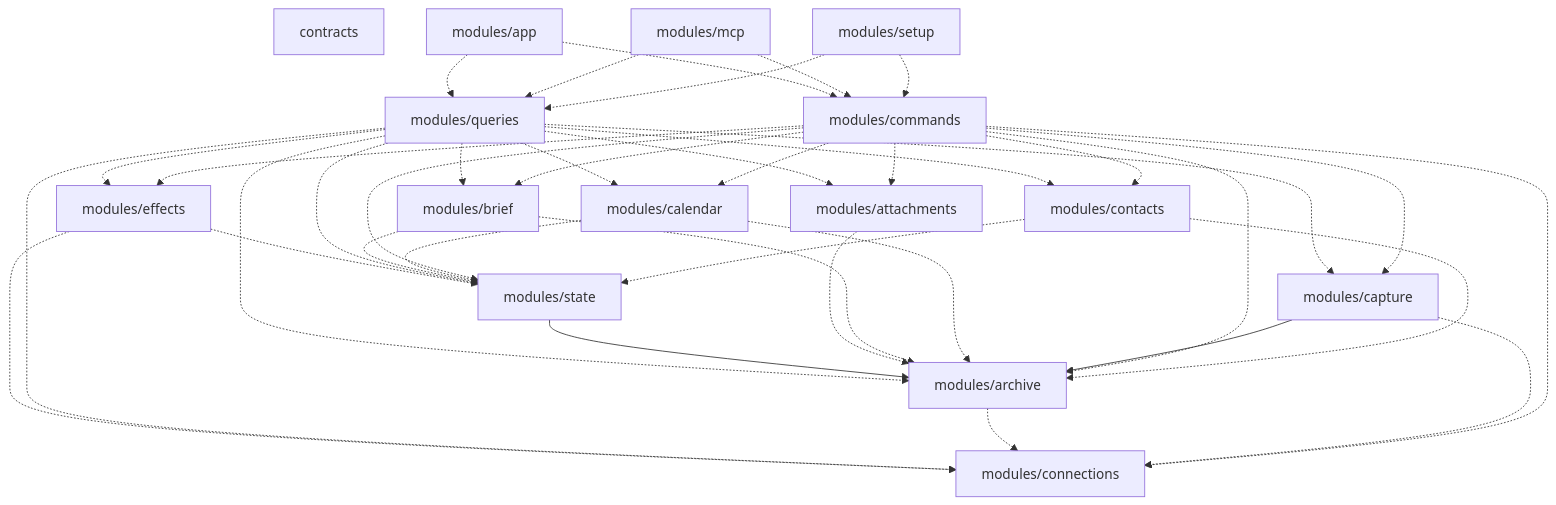
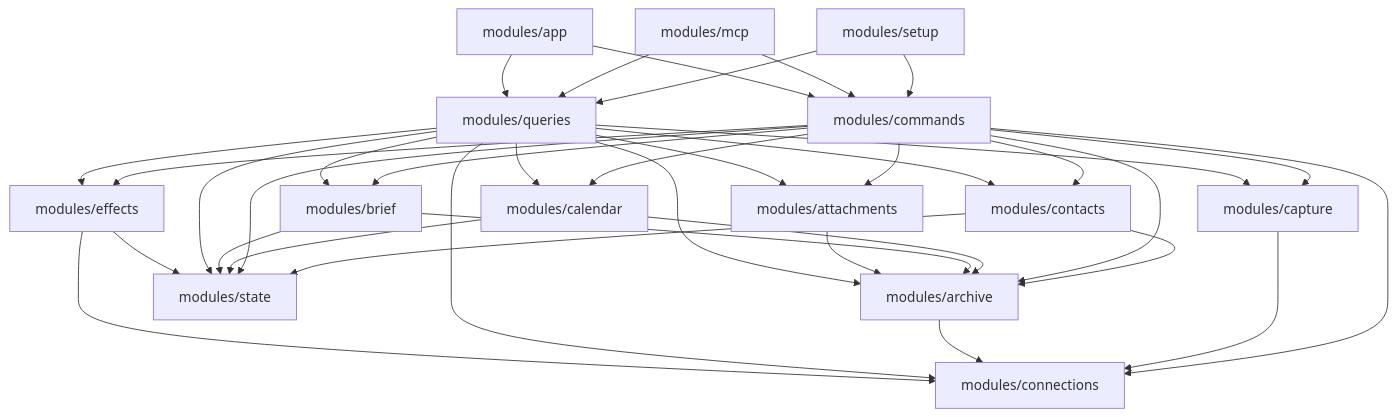
The diagram in map/README.md (diligent-communications/diligent-communications), drawn with Mermaid before and after one commit. The commit also changed other lines of this file and 13 other files, not shown here.

Commit message:
Separate write handoffs from the read diagram

````diff
--- a/map/README.md
+++ b/map/README.md
@@ -9,55 +11,52 @@
 ```mermaid
 flowchart TD
-    folder0["contracts"]
     folder1["modules/app"]
     folder2["modules/archive"]
     folder3["modules/attachments"]
     folder4["modules/brief"]
     folder5["modules/calendar"]
     folder6["modules/capture"]
     folder7["modules/commands"]
     folder8["modules/connections"]
     folder9["modules/contacts"]
     folder10["modules/effects"]
     folder11["modules/mcp"]
     folder12["modules/queries"]
     folder13["modules/setup"]
     folder14["modules/state"]
-    folder1 -.-> folder12
-    folder1 -.-> folder7
-    folder10 -.-> folder14
-    folder10 -.-> folder8
-    folder11 -.-> folder12
-    folder11 -.-> folder7
-    folder12 -.-> folder10
-    folder12 -.-> folder14
-    folder12 -.-> folder2
-    folder12 -.-> folder3
-    folder12 -.-> folder4
-    folder12 -.-> folder5
-    folder12 -.-> folder6
-    folder12 -.-> folder8
-    folder12 -.-> folder9
-    folder13 -.-> folder12
-    folder13 -.-> folder7
-    folder14 --> folder2
-    folder2 -.-> folder8
-    folder3 -.-> folder2
-    folder4 -.-> folder14
-    folder4 -.-> folder2
-    folder5 -.-> folder14
-    folder5 -.-> folder2
-    folder6 --> folder2
-    folder6 -.-> folder8
-    folder7 -.-> folder10
-    folder7 -.-> folder14
-    folder7 -.-> folder2
-    folder7 -.-> folder3
-    folder7 -.-> folder4
-    folder7 -.-> folder5
-    folder7 -.-> folder6
-    folder7 -.-> folder8
-    folder7 -.-> folder9
-    folder9 -.-> folder14
-    folder9 -.-> folder2
+    folder1 --> folder12
+    folder1 --> folder7
+    folder10 --> folder14
+    folder10 --> folder8
+    folder11 --> folder12
+    folder11 --> folder7
+    folder12 --> folder10
+    folder12 --> folder14
+    folder12 --> folder2
+    folder12 --> folder3
+    folder12 --> folder4
+    folder12 --> folder5
+    folder12 --> folder6
+    folder12 --> folder8
+    folder12 --> folder9
+    folder13 --> folder12
+    folder13 --> folder7
+    folder2 --> folder8
+    folder3 --> folder2
+    folder4 --> folder14
+    folder4 --> folder2
+    folder5 --> folder14
+    folder5 --> folder2
+    folder6 --> folder8
+    folder7 --> folder10
+    folder7 --> folder14
+    folder7 --> folder2
+    folder7 --> folder3
+    folder7 --> folder4
+    folder7 --> folder5
+    folder7 --> folder6
+    folder7 --> folder8
+    folder7 --> folder9
+    folder9 --> folder14
+    folder9 --> folder2
 ```
````
